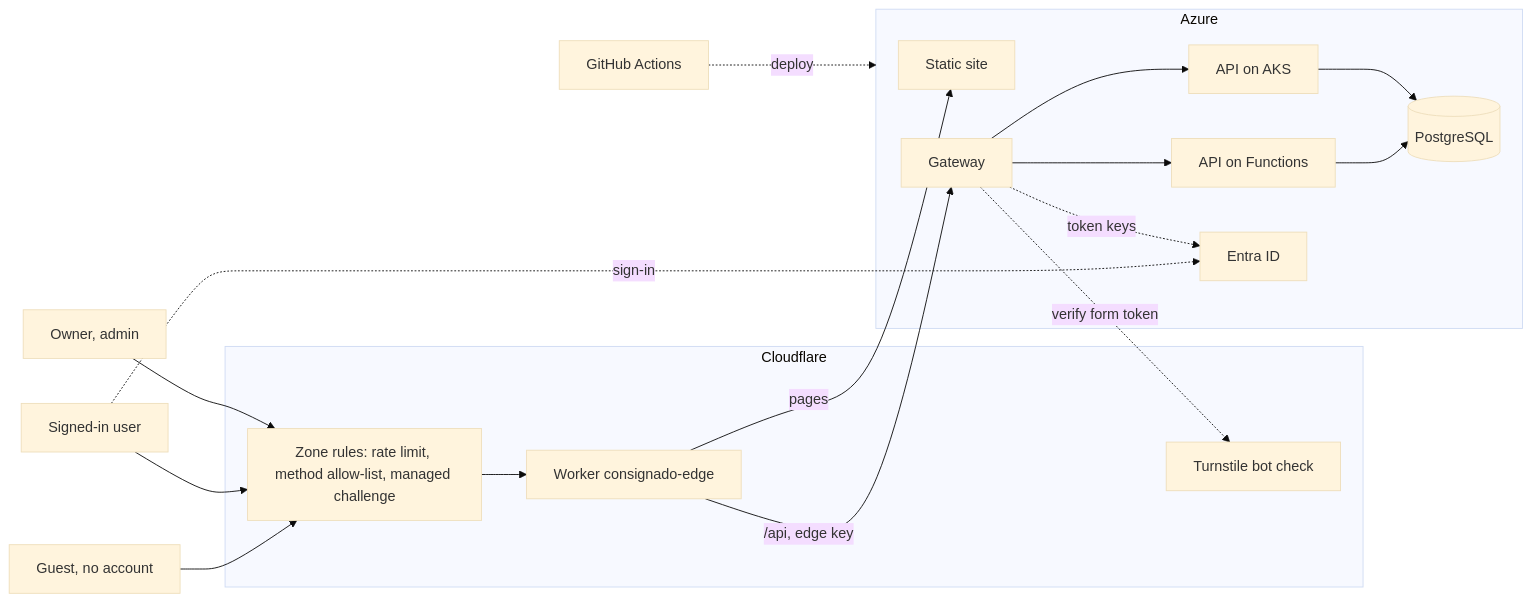
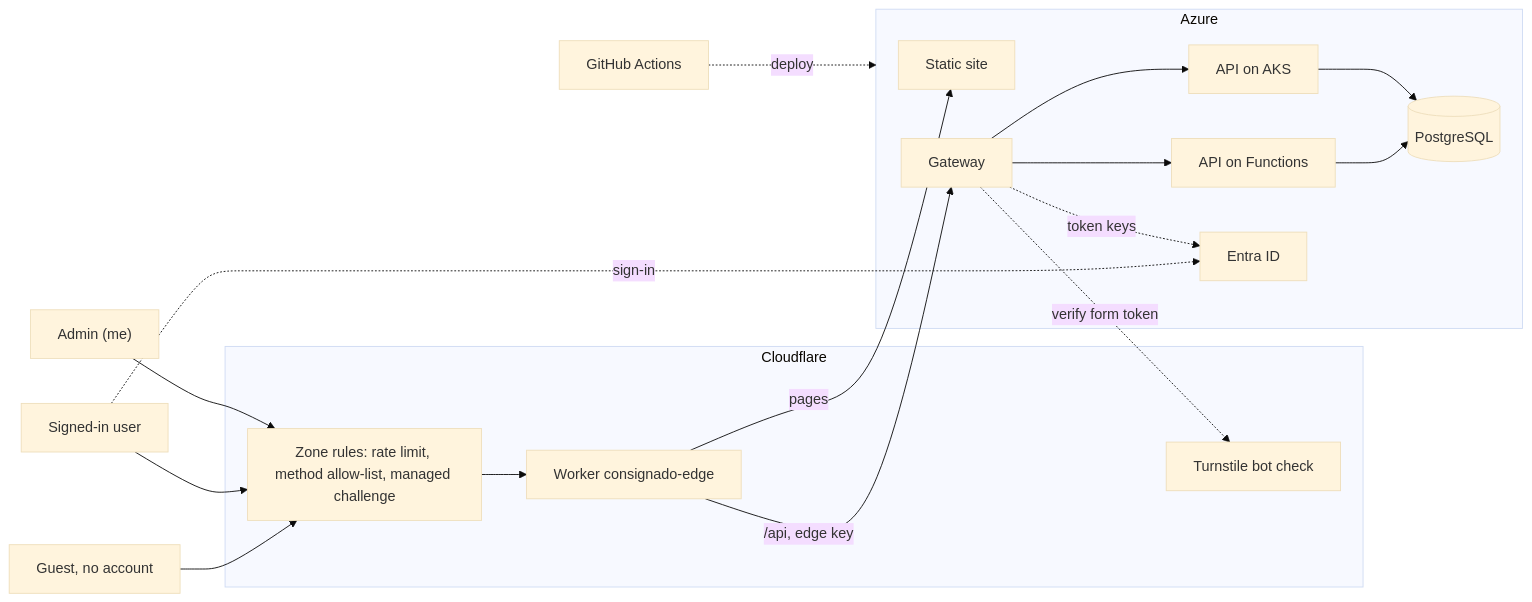
Before and after one commit to kmadsdev/consignado-api: the first of 7 diagrams in docs/platform/architecture.md, drawn with Mermaid (base theme). The commit also changed other lines of this file and 17 other files, not shown here.

````diff
--- a/docs/platform/architecture.md
+++ b/docs/platform/architecture.md
@@ -10,38 +10,38 @@
 ```mermaid
 flowchart LR
   guest["Guest, no account"]
   user["Signed-in user"]
-  admin["Owner, admin"]
+  admin["Admin (me)"]
 
   subgraph cf["Cloudflare"]
     zone["Zone rules: rate limit, method allow-list, managed challenge"]
     edge["Worker consignado-edge"]
     turnstile["Turnstile bot check"]
   end
 
   subgraph az["Azure"]
     site["Static site"]
     gw["Gateway"]
     fn["API on Functions"]
     aks["API on AKS"]
     db[("PostgreSQL")]
     entra["Entra ID"]
   end
 
   gh["GitHub Actions"]
 
   guest --> zone
   user --> zone
   admin --> zone
   zone --> edge
   edge -->|"pages"| site
   edge -->|"/api, edge key"| gw
   gw --> fn
   gw --> aks
   fn --> db
   aks --> db
   user -.->|"sign-in"| entra
   gw -.->|"token keys"| entra
   gw -.->|"verify form token"| turnstile
   gh -.->|"deploy"| az
 ```
````
